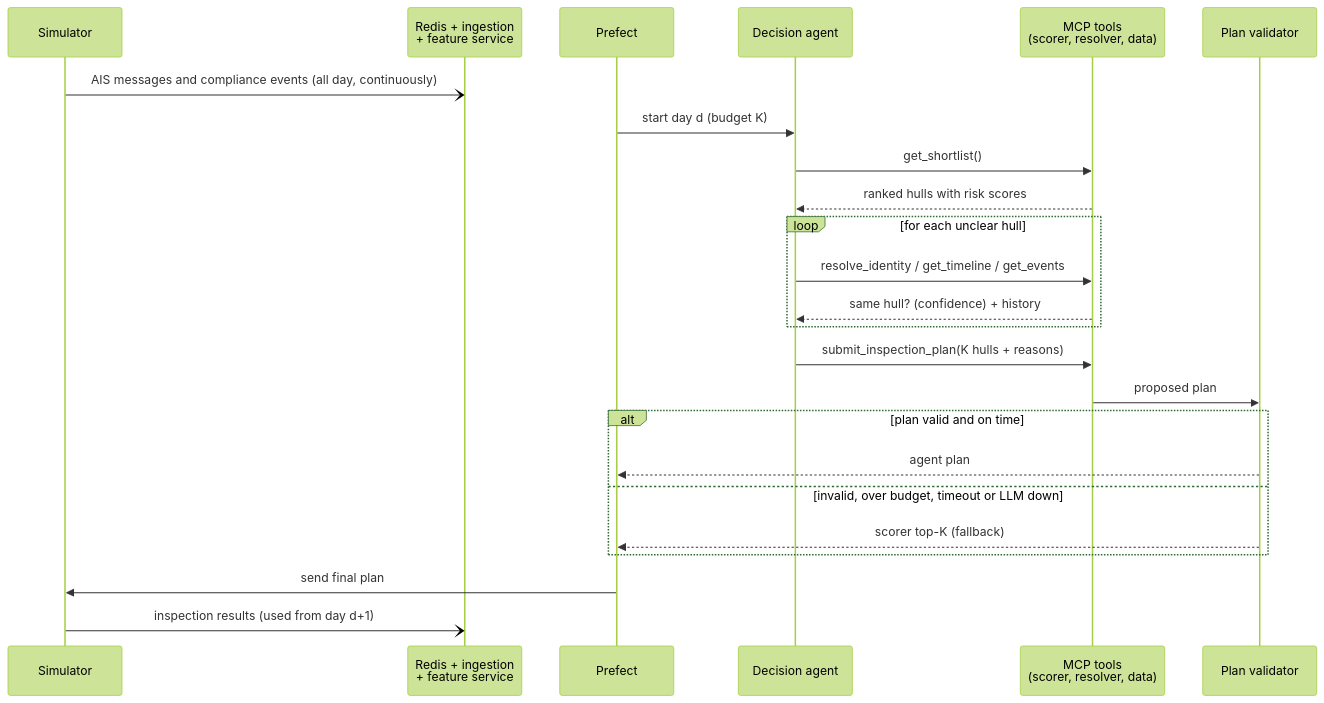
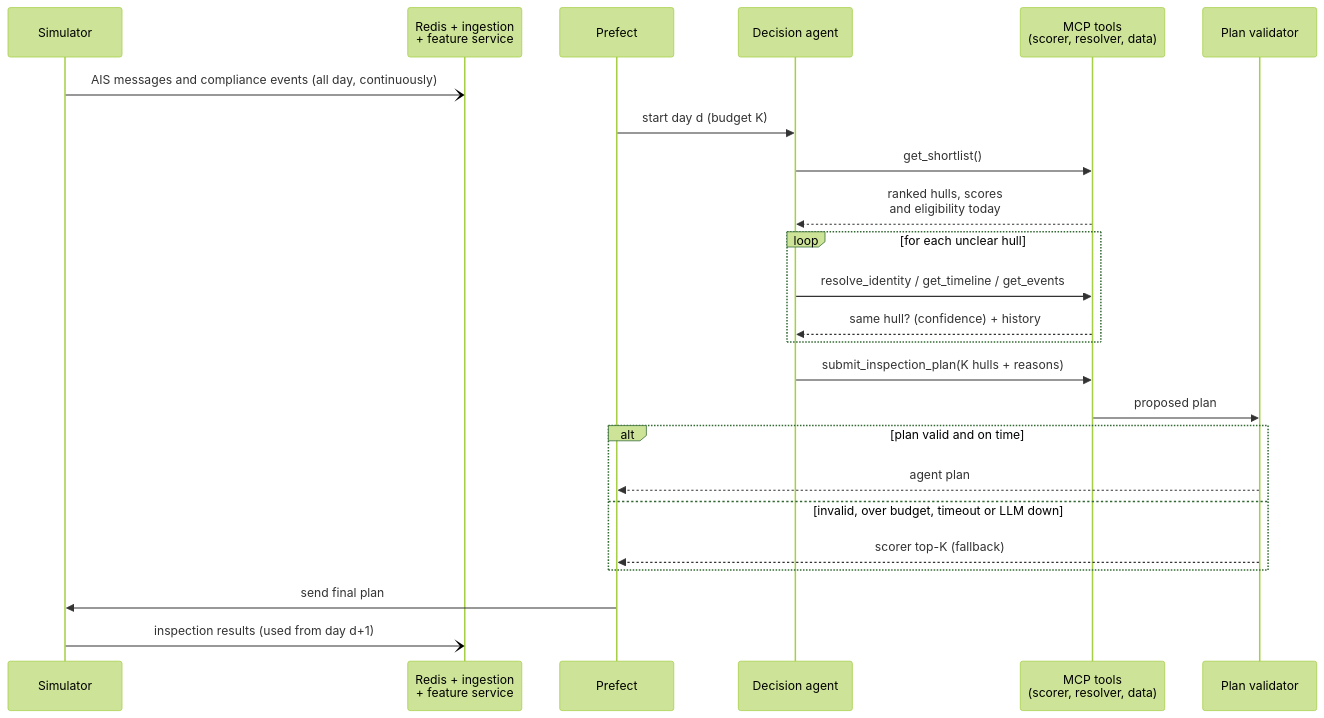
The diagram in docs/diagrams/daily-cycle.mmd (acadelina/SAA), drawn with Mermaid (forest theme) before and after one commit. The commit also changed 1 other file, not shown here.

Commit message:
Show eligibility in the daily cycle diagram
The shortlist tool now returns whether each hull can be inspected today,
so the agent does not submit hulls on cooldown.

```diff
--- a/docs/diagrams/daily-cycle.mmd
+++ b/docs/diagrams/daily-cycle.mmd
@@ -1,25 +1,25 @@
 sequenceDiagram
     participant S as Simulator
     participant I as Redis + ingestion<br/>+ feature service
     participant P as Prefect
     participant A as Decision agent
     participant T as MCP tools<br/>(scorer, resolver, data)
     participant V as Plan validator
 
     S-)I: AIS messages and compliance events (all day, continuously)
     P->>A: start day d (budget K)
     A->>T: get_shortlist()
-    T-->>A: ranked hulls with risk scores
+    T-->>A: ranked hulls, scores<br/>and eligibility today
     loop for each unclear hull
         A->>T: resolve_identity / get_timeline / get_events
         T-->>A: same hull? (confidence) + history
     end
     A->>T: submit_inspection_plan(K hulls + reasons)
     T->>V: proposed plan
     alt plan valid and on time
         V-->>P: agent plan
     else invalid, over budget, timeout or LLM down
         V-->>P: scorer top-K (fallback)
     end
     P->>S: send final plan
     S-)I: inspection results (used from day d+1)
```
